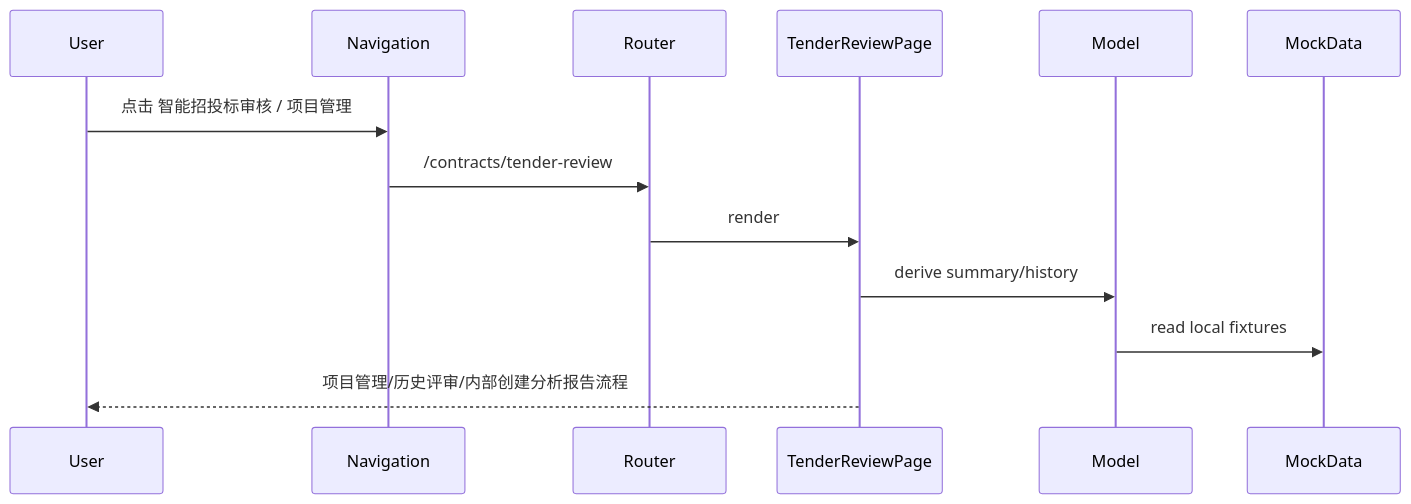
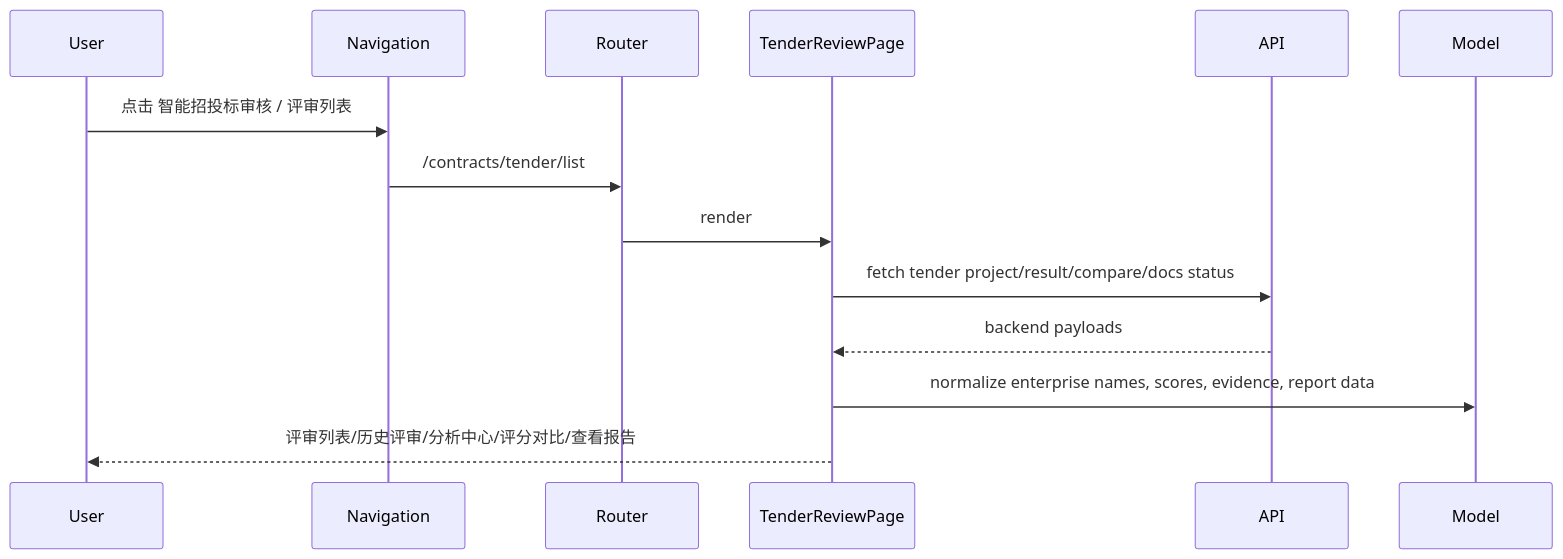
One commit to WenJunDuan/enterprise-agent-platform changed the second of 2 diagrams in agent-front/.ai_state/architecture/ARCHITECTURE.md. Above: the diagram before and after it, drawn with Mermaid. The commit also changed other lines of this file and 3 other files, not shown here.

Commit message:
docs(front): record tender review frontend state

````diff
--- a/agent-front/.ai_state/architecture/ARCHITECTURE.md
+++ b/agent-front/.ai_state/architecture/ARCHITECTURE.md
@@ -37,9 +39,10 @@
 ```mermaid
 sequenceDiagram
-    User->>Navigation: 点击 智能招投标审核 / 项目管理
-    Navigation->>Router: /contracts/tender-review
+    User->>Navigation: 点击 智能招投标审核 / 评审列表
+    Navigation->>Router: /contracts/tender/list
     Router->>TenderReviewPage: render
-    TenderReviewPage->>Model: derive summary/history
-    Model->>MockData: read local fixtures
-    TenderReviewPage-->>User: 项目管理/历史评审/内部创建分析报告流程
+    TenderReviewPage->>API: fetch tender project/result/compare/docs status
+    API-->>TenderReviewPage: backend payloads
+    TenderReviewPage->>Model: normalize enterprise names, scores, evidence, report data
+    TenderReviewPage-->>User: 评审列表/历史评审/分析中心/评分对比/查看报告
 ```
````
